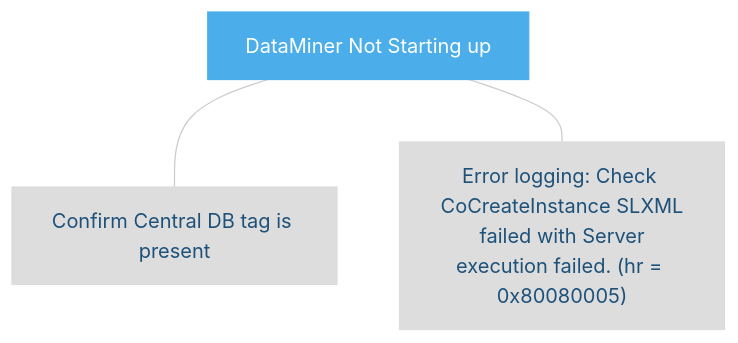
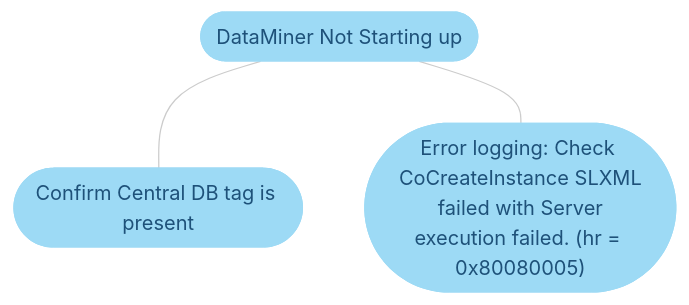
The third of 5 diagrams in user-guide/Troubleshooting/Troubleshooting_Flowcharts/Troubleshooting_Process_Identification/Database_processes/Troubleshooting_SLDataGateway_exe.md (SkylineCommunications/dataminer-docs), drawn with Mermaid before and after one commit. The commit also changed other lines of this file and 18 other files, not shown here.

```diff
--- a/user-guide/Troubleshooting/Troubleshooting_Flowcharts/Troubleshooting_Process_Identification/Database_processes/Troubleshooting_SLDataGateway_exe.md
+++ b/user-guide/Troubleshooting/Troubleshooting_Flowcharts/Troubleshooting_Process_Identification/Database_processes/Troubleshooting_SLDataGateway_exe.md
@@ -108,34 +108,34 @@
 <div class="mermaid">
 flowchart TD
 %% -------------------------------------------------------------------------
 %% Cassandra flowchart - Nodetool Status
 %% -------------------------------------------------------------------------
 %% -------------------------------------------------------------------------
 %% Define styles
 %% -------------------------------------------------------------------------
 linkStyle default stroke:#cccccc
 classDef classAction fill:#dddddd,stroke:#dddddd,color:#1E5179,stroke-width:1px;
 classDef classActionClickable fill:#999999,stroke:#999999,color:#ffffff,stroke-width:1px;
 classDef classDecision fill:#4baeea,stroke:#4baeea,color:#ffffff,stroke-width:1px;
 classDef classExternalRef fill:#9ddaf5,stroke:#9ddaf5,color:#1E5179,stroke-width:1px;
 classDef classSolution fill:#58595b,stroke:#58595b,color:#ffffff,stroke-width:1px;
 classDef classTerminal fill:#1e5179,stroke:#1e5179,color:#ffffff,stroke-width:1px;
 %% -------------------------------------------------------------------------
 %% flowchart structure
 %% -------------------------------------------------------------------------
-Action_DataMinerNotStarting[DataMiner Not Starting up]:::classDecision
-Action_CentralDB[Confirm Central DB tag is present]:::classAction
-Action_ErrorLogging["Error logging: Check CoCreateInstance SLXML<br> failed with Server execution failed. (hr = 0x80080005)"]:::classAction
+Action_DataMinerNotStarting([DataMiner Not Starting up]):::classExternalRef
+Action_CentralDB([Confirm Central DB tag is present]):::classExternalRef
+Action_ErrorLogging(["Error logging: Check CoCreateInstance SLXML<br> failed with Server execution failed. (hr = 0x80080005)"]):::classExternalRef
     Action_DataMinerNotStarting --- Action_CentralDB
     Action_DataMinerNotStarting --- Action_ErrorLogging
 %% -------------------------------------------------------------------------
 %% all blocks terminating at a common End?
 %% -------------------------------------------------------------------------
 %% -------------------------------------------------------------------------
 %% Define hyperlinks %%
 %% -------------------------------------------------------------------------
 click HOME "https://docs.dataminer.services/user-guide/Troubleshooting/Troubleshooting_Flowcharts/Finding_a_Root_Cause.html"
 %% -------------------------------------------------------------------------
 %% Apply styles to blocks
 %% -------------------------------------------------------------------------
 </div>
```
